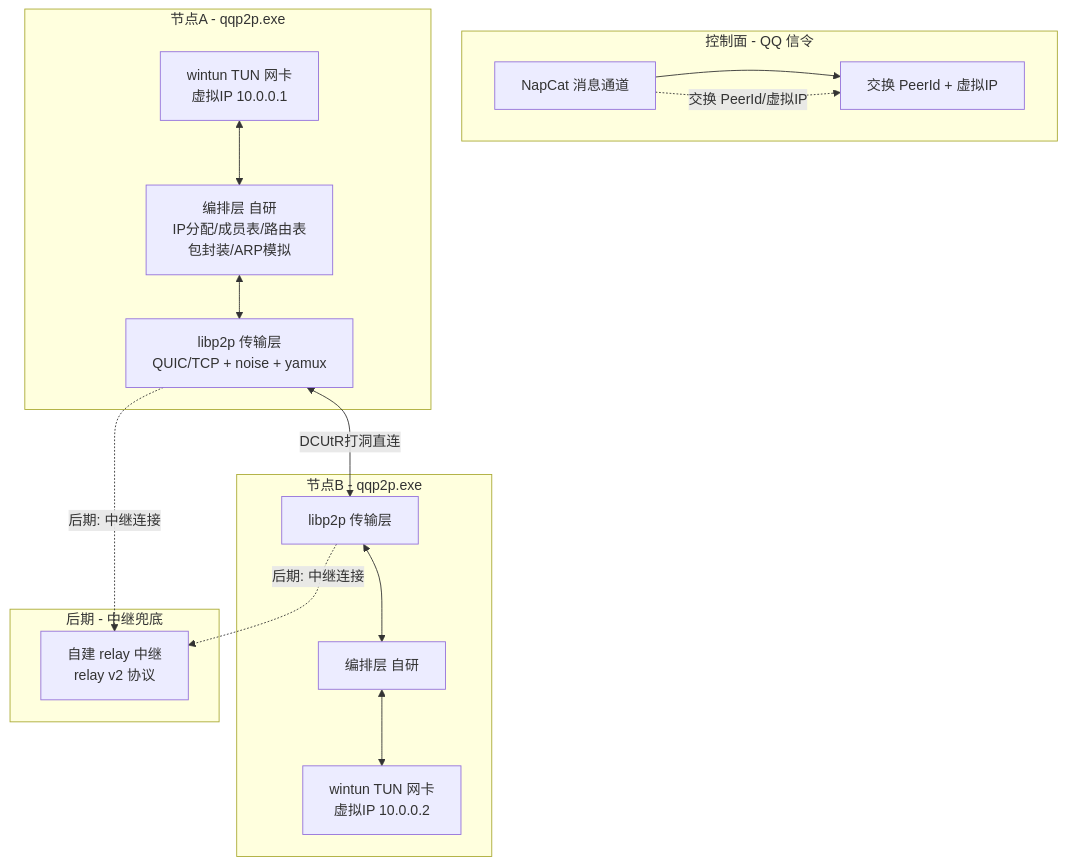
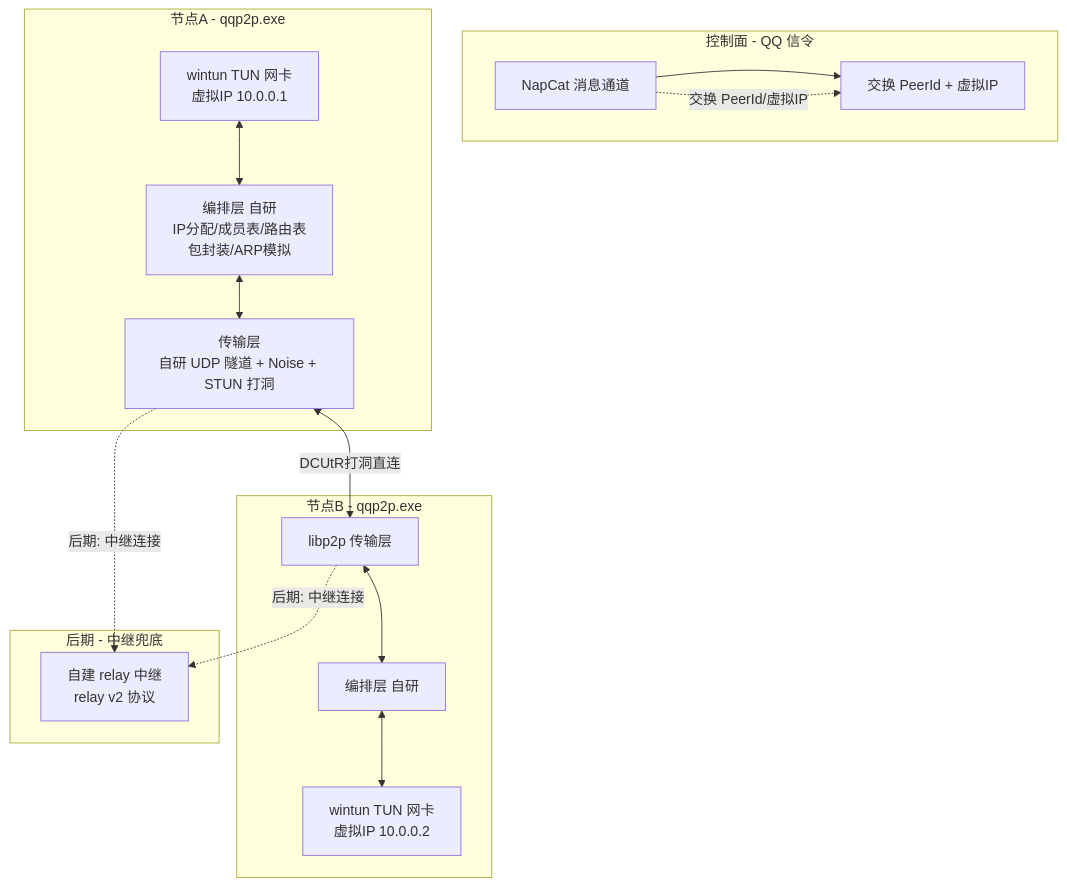
The diagram in docs/plan/P2P_INFRA_PLAN.md (DinoCatKiller/QQP2P), drawn with Mermaid before and after one commit. The commit also changed other lines of this file and 4 other files, not shown here.

````diff
--- a/docs/plan/P2P_INFRA_PLAN.md
+++ b/docs/plan/P2P_INFRA_PLAN.md
@@ -28,29 +28,29 @@
 ```mermaid
 flowchart TB
     subgraph 控制面[控制面 - QQ 信令]
         Q1[NapCat 消息通道] --> Q2[交换 PeerId + 虚拟IP]
     end
 
     subgraph 节点A[节点A - qqp2p.exe]
         T1[wintun TUN 网卡<br/>虚拟IP 10.0.0.1]
         O1[编排层 自研<br/>IP分配/成员表/路由表<br/>包封装/ARP模拟]
-        L1[libp2p 传输层<br/>QUIC/TCP + noise + yamux]
+        L1[传输层<br/>自研 UDP 隧道 + Noise + STUN 打洞]
         T1 <--> O1 <--> L1
     end
 
     subgraph 节点B[节点B - qqp2p.exe]
         L2[libp2p 传输层]
         O2[编排层 自研]
         T2[wintun TUN 网卡<br/>虚拟IP 10.0.0.2]
         L2 <--> O2 <--> T2
     end
 
     subgraph 后期[后期 - 中继兜底]
         R[自建 relay 中继<br/>relay v2 协议]
     end
 
     L1 <-- DCUtR打洞直连 --> L2
     L1 -. 后期: 中继连接 .-> R
     L2 -. 后期: 中继连接 .-> R
     Q1 -. 交换 PeerId/虚拟IP .-> Q2
 ```
````
